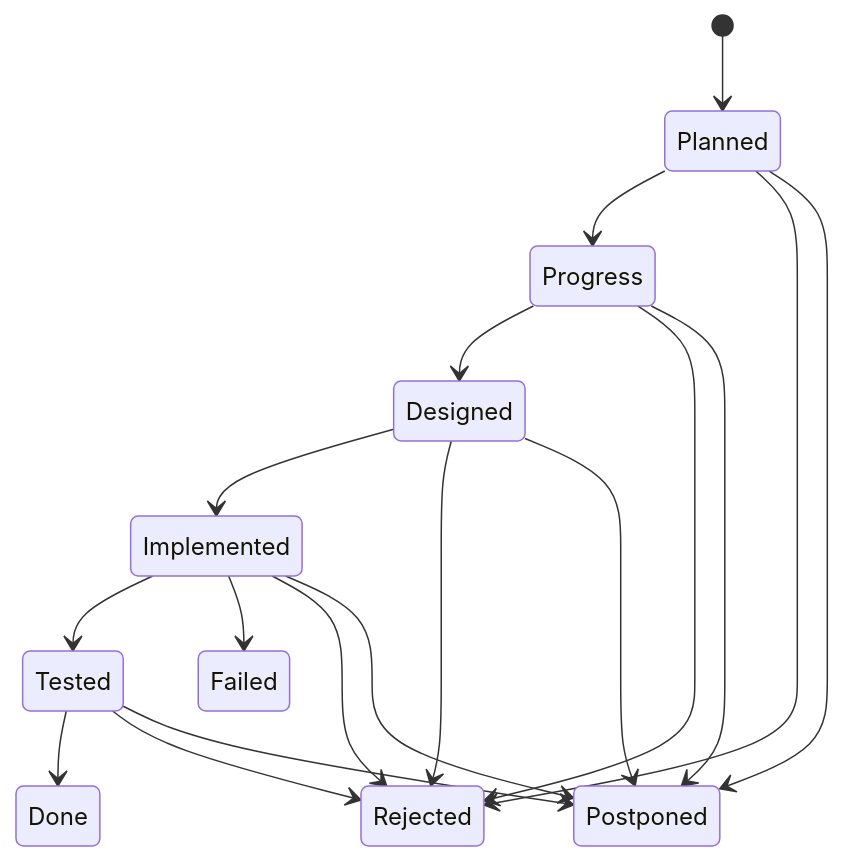
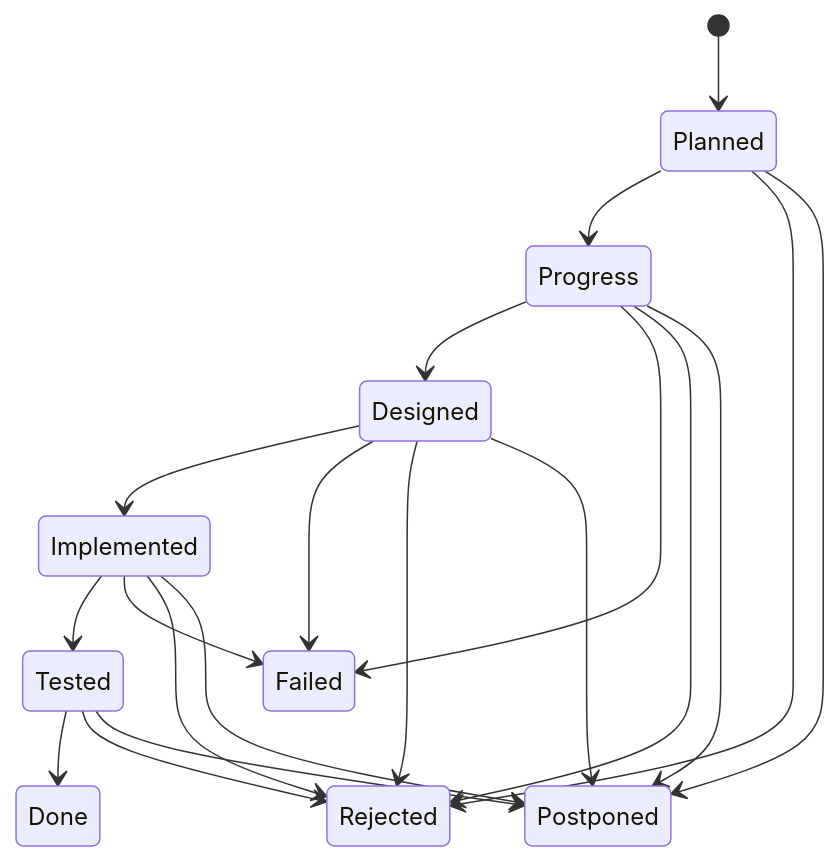
The first of 3 diagrams in rules/GENERAL_RULES_v3.md (rstyczynski/github_tricks), drawn with Mermaid before and after one commit.

Commit message:
docs: rules update

````diff
--- a/rules/GENERAL_RULES_v3.md
+++ b/rules/GENERAL_RULES_v3.md
@@ -62,23 +62,25 @@
 ```mermaid
 stateDiagram-v2
     [*] --> Planned
     Planned --> Progress
     Progress --> Designed
     Designed --> Implemented
     Implemented --> Tested
     Tested --> Done
     
+    Progress --> Failed
+    Designed --> Failed
     Implemented --> Failed
 
     Planned --> Rejected
     Progress --> Rejected
     Designed --> Rejected
     Implemented --> Rejected
     Tested --> Rejected
     
     Planned --> Postponed
     Progress --> Postponed
     Designed --> Postponed
     Implemented --> Postponed
     Tested --> Postponed
 ```
````
